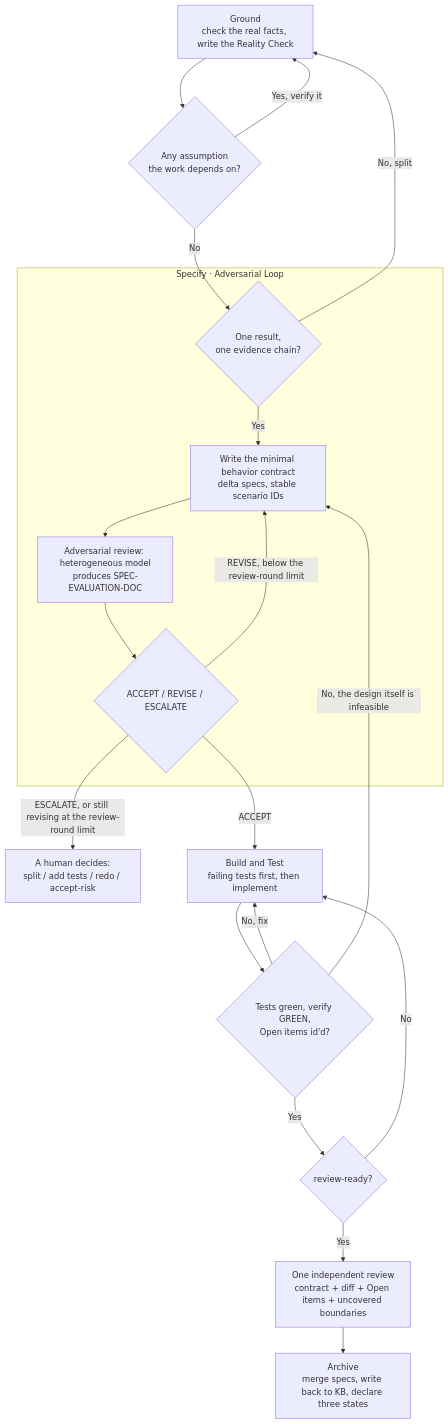
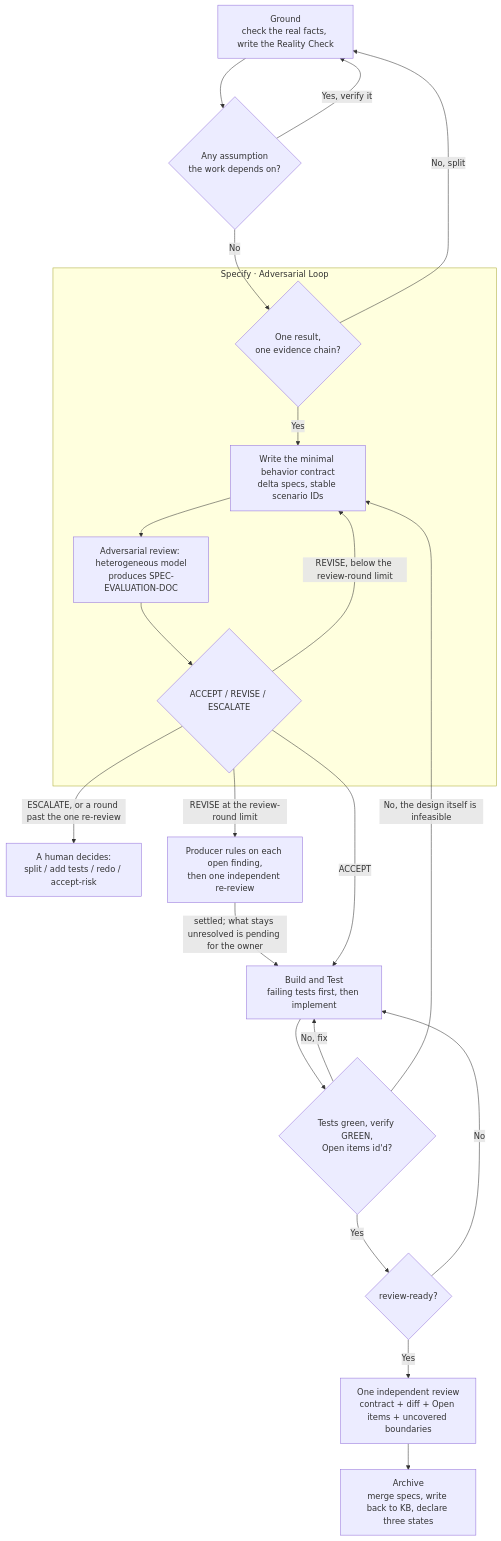
Before and after one commit to Apriorhythm/apriori-spec-development: the diagram in docs/concepts.md, drawn with Mermaid. The commit also changed other lines of this file and 50 other files, not shown here.

````diff
--- a/docs/concepts.md
+++ b/docs/concepts.md
@@ -293,25 +293,27 @@
 ```mermaid
 graph TD
     B[Ground<br/>check the real facts, write the Reality Check]
     B --> B2{Any assumption<br/>the work depends on?}
     B2 -- Yes, verify it --> B
     B2 -- No --> C0{One result,<br/>one evidence chain?}
     C0 -- No, split --> B
 
     subgraph S1[Specify · Adversarial Loop]
         C0 -- Yes --> C[Write the minimal behavior contract<br/>delta specs, stable scenario IDs]
         C --> D[Adversarial review: heterogeneous model<br/>produces SPEC-EVALUATION-DOC]
         D --> D2{ACCEPT / REVISE / ESCALATE}
         D2 -- REVISE, below the review-round limit --> C
     end
 
-    D2 -- ESCALATE, or still revising at the review-round limit --> X[A human decides:<br/>split / add tests / redo / accept-risk]
+    D2 -- ESCALATE, or a round past the one re-review --> X[A human decides:<br/>split / add tests / redo / accept-risk]
+    D2 -- REVISE at the review-round limit --> RR[Producer rules on each open finding,<br/>then one independent re-review]
+    RR -- settled; what stays unresolved is pending for the owner --> H
     D2 -- ACCEPT --> H[Build and Test<br/>failing tests first, then implement]
     H --> H2{Tests green, verify GREEN,<br/>Open items id'd?}
     H2 -- No, fix --> H
     H2 -- No, the design itself is infeasible --> C
     H2 -- Yes --> R{review-ready?}
     R -- No --> H
     R -- Yes --> RV[One independent review<br/>contract + diff + Open items + uncovered boundaries]
     RV --> I[Archive<br/>merge specs, write back to KB, declare three states]
 ```
````
